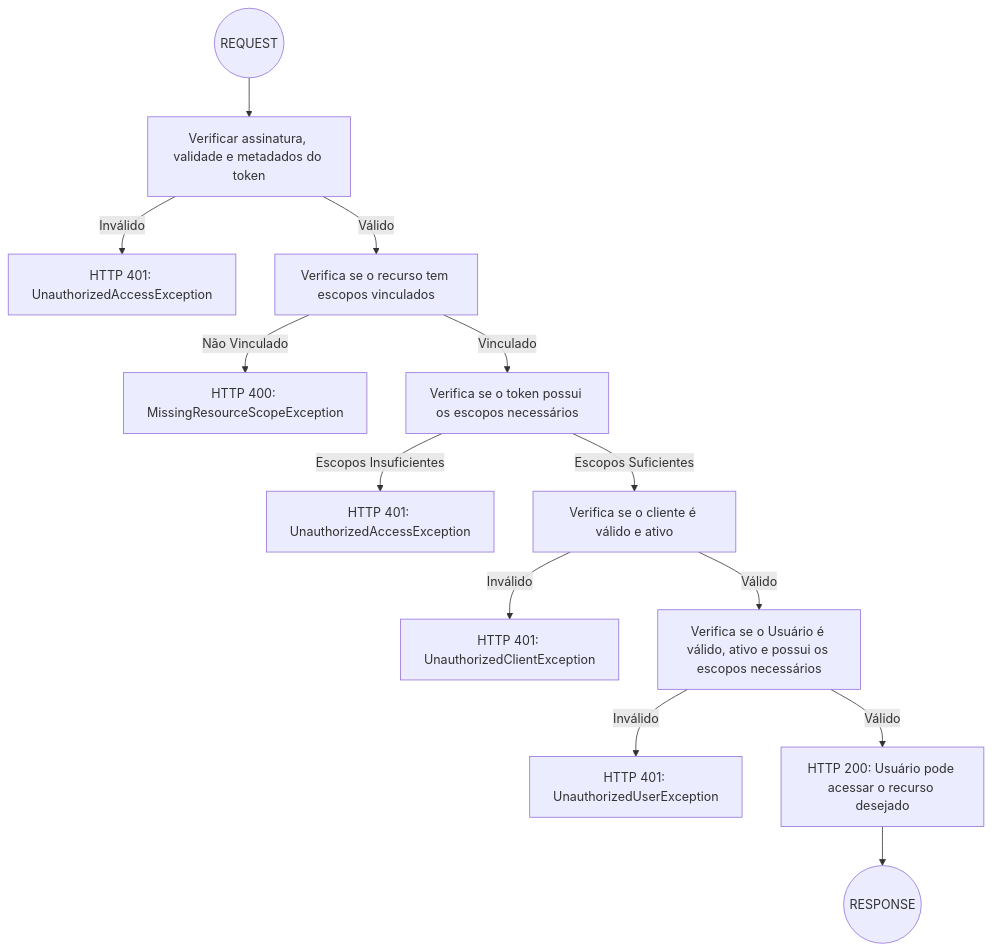
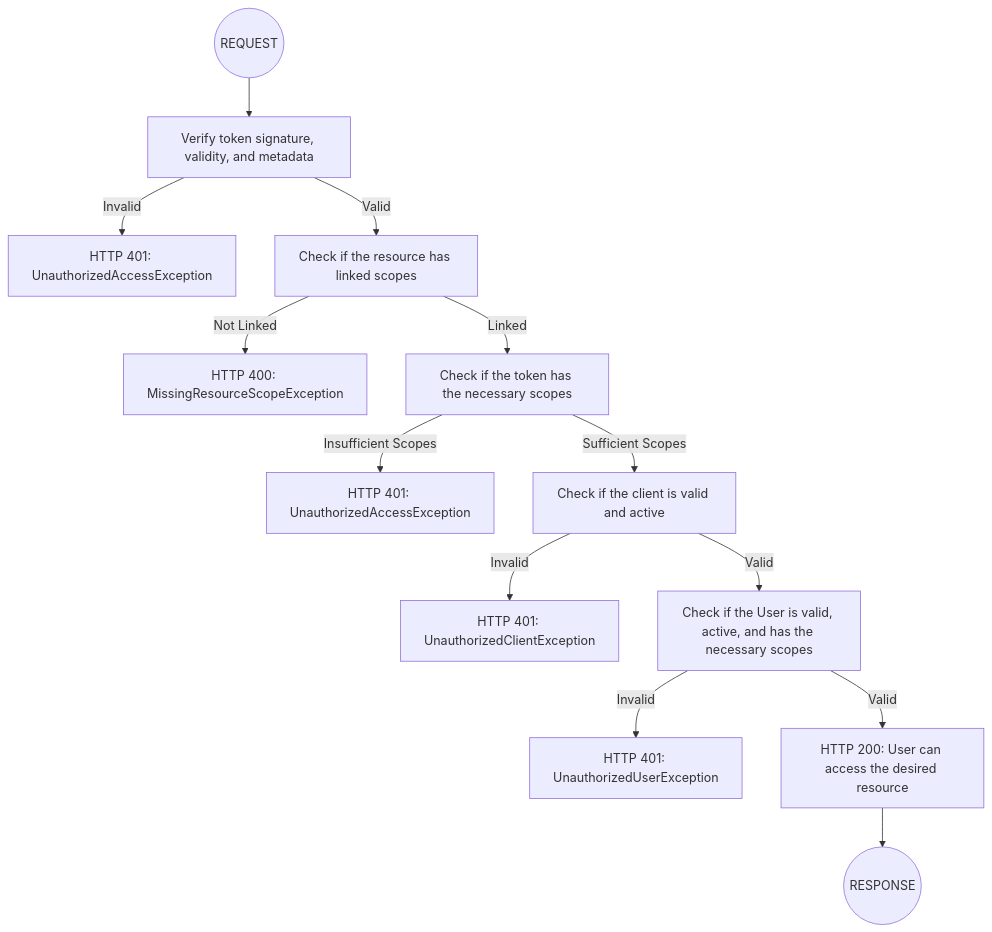
The second of 2 diagrams in README.md (JotJunior/hf-shield), drawn with Mermaid before and after one commit. The commit also changed other lines of this file and 1 other file, not shown here.

````diff
--- a/README.md
+++ b/README.md
@@ -221,29 +266,29 @@
 ```mermaid
 flowchart TD
     start((REQUEST))
-    validateToken[Verificar assinatura, validade e metadados do token]
+    validateToken[Verify token signature, validity, and metadata]
     invalidToken[HTTP 401: UnauthorizedAccessException]
-    checkResourceScopes[Verifica se o recurso tem escopos vinculados]
+    checkResourceScopes[Check if the resource has linked scopes]
     missingResourceScope[HTTP 400: MissingResourceScopeException]
-    checkTokenScopes[Verifica se o token possui os escopos necessários]
+    checkTokenScopes[Check if the token has the necessary scopes]
     unauthorizedToken[HTTP 401: UnauthorizedAccessException]
-    validateClient[Verifica se o cliente é válido e ativo]
+    validateClient[Check if the client is valid and active]
     invalidClient[HTTP 401: UnauthorizedClientException]
-    validateUser[Verifica se o Usuário é válido, ativo e possui os escopos necessários]
+    validateUser[Check if the User is valid, active, and has the necessary scopes]
     unauthorizedUser[HTTP 401: UnauthorizedUserException]
-    success[HTTP 200: Usuário pode acessar o recurso desejado]
+    success[HTTP 200: User can access the desired resource]
     response((RESPONSE))
-%% Fluxo principal
+%% Main flow
     start --> validateToken
-    validateToken -->|Válido| checkResourceScopes
-    validateToken -->|Inválido| invalidToken
-    checkResourceScopes -->|Vinculado| checkTokenScopes
-    checkResourceScopes -->|Não Vinculado| missingResourceScope
-    checkTokenScopes -->|Escopos Suficientes| validateClient
-    checkTokenScopes -->|Escopos Insuficientes| unauthorizedToken
-    validateClient -->|Válido| validateUser
-    validateClient -->|Inválido| invalidClient
-    validateUser -->|Inválido| unauthorizedUser
-    validateUser -->|Válido| success
+    validateToken -->|Valid| checkResourceScopes
+    validateToken -->|Invalid| invalidToken
+    checkResourceScopes -->|Linked| checkTokenScopes
+    checkResourceScopes -->|Not Linked| missingResourceScope
+    checkTokenScopes -->|Sufficient Scopes| validateClient
+    checkTokenScopes -->|Insufficient Scopes| unauthorizedToken
+    validateClient -->|Valid| validateUser
+    validateClient -->|Invalid| invalidClient
+    validateUser -->|Invalid| unauthorizedUser
+    validateUser -->|Valid| success
     success --> response
 ```
````
